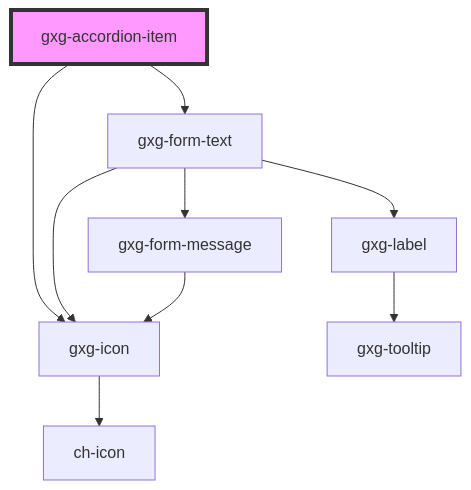
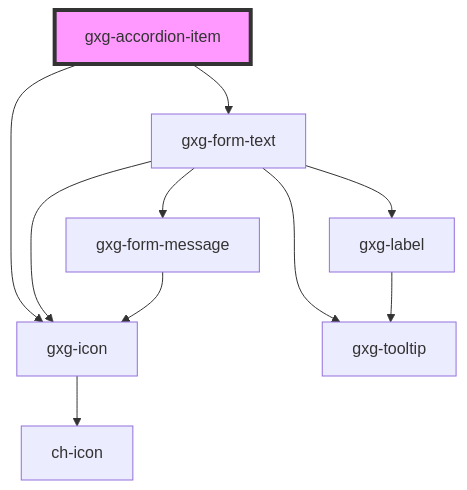
The diagram in src/components/accordion-item/readme.md (genexuslabs/gemini), drawn with Mermaid before and after one commit. The commit also changed 19 other files, not shown here.

````diff
--- a/src/components/accordion-item/readme.md
+++ b/src/components/accordion-item/readme.md
@@ -85,12 +85,13 @@
 ```mermaid
 graph TD;
   gxg-accordion-item --> gxg-icon
   gxg-accordion-item --> gxg-form-text
   gxg-icon --> ch-icon
   gxg-form-text --> gxg-icon
   gxg-form-text --> gxg-label
   gxg-form-text --> gxg-form-message
+  gxg-form-text --> gxg-tooltip
   gxg-label --> gxg-tooltip
   gxg-form-message --> gxg-icon
   style gxg-accordion-item fill:#f9f,stroke:#333,stroke-width:4px
 ```
````
